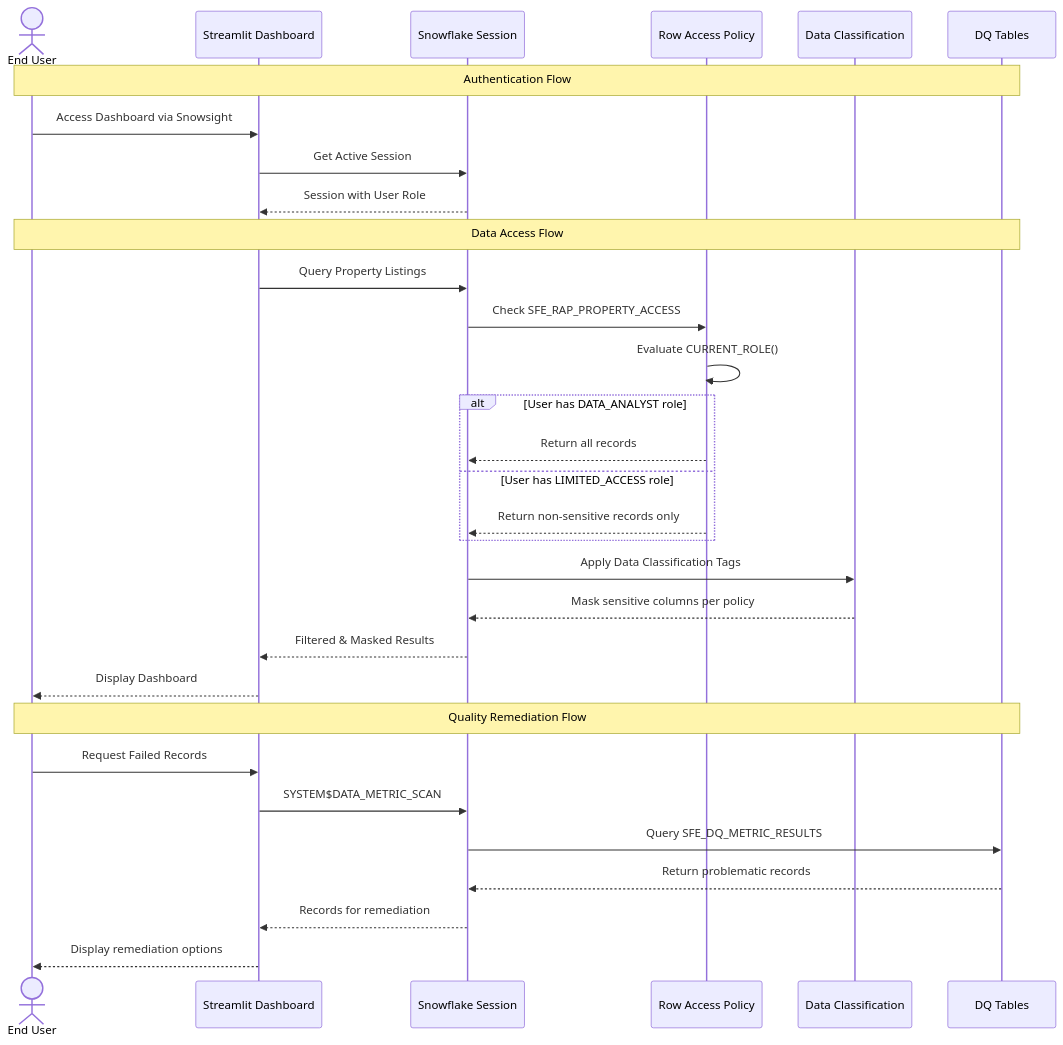
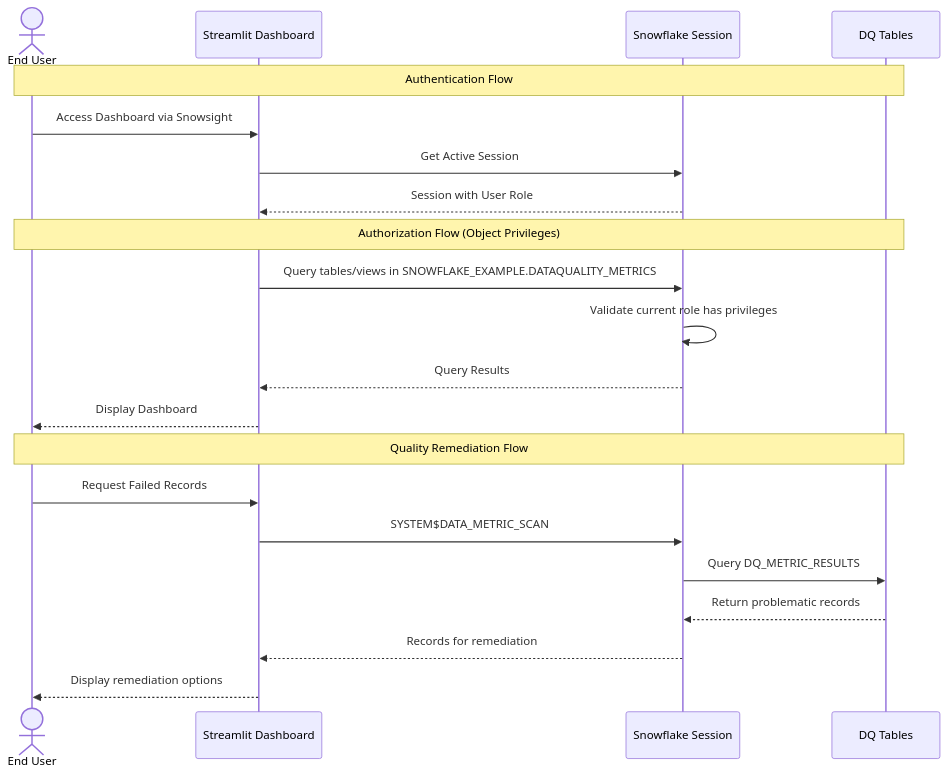
Before and after one commit to sfc-gh-miwhitaker/dataquality: the diagram in diagrams/auth-flow.md, drawn with Mermaid. The commit also changed other lines of this file and 23 other files, not shown here.

Commit message:
Add pre-commit configuration and baseline secrets file; update deployment scripts and documentation for new schema structure and expiration dates.

````diff
--- a/diagrams/auth-flow.md
+++ b/diagrams/auth-flow.md
@@ -18,42 +18,30 @@
 ```mermaid
 sequenceDiagram
     actor User as End User
     participant SIS as Streamlit Dashboard
     participant SF as Snowflake Session
-    participant RAP as Row Access Policy
-    participant DC as Data Classification
     participant DQ as DQ Tables
-    
+
     Note over User,DQ: Authentication Flow
-    
+
     User->>SIS: Access Dashboard via Snowsight
     SIS->>SF: Get Active Session
     SF-->>SIS: Session with User Role
-    
-    Note over User,DQ: Data Access Flow
-    
-    SIS->>SF: Query Property Listings
-    SF->>RAP: Check SFE_RAP_PROPERTY_ACCESS
-    RAP->>RAP: Evaluate CURRENT_ROLE()
-    
-    alt User has DATA_ANALYST role
-        RAP-->>SF: Return all records
-    else User has LIMITED_ACCESS role
-        RAP-->>SF: Return non-sensitive records only
-    end
-    
-    SF->>DC: Apply Data Classification Tags
-    DC-->>SF: Mask sensitive columns per policy
-    
-    SF-->>SIS: Filtered & Masked Results
+
+    Note over User,DQ: Authorization Flow (Object Privileges)
+
+    SIS->>SF: Query tables/views in SNOWFLAKE_EXAMPLE.DATAQUALITY_METRICS
+    SF->>SF: Validate current role has privileges
+
+    SF-->>SIS: Query Results
     SIS-->>User: Display Dashboard
-    
+
     Note over User,DQ: Quality Remediation Flow
-    
+
     User->>SIS: Request Failed Records
     SIS->>SF: SYSTEM$DATA_METRIC_SCAN
-    SF->>DQ: Query SFE_DQ_METRIC_RESULTS
+    SF->>DQ: Query DQ_METRIC_RESULTS
     DQ-->>SF: Return problematic records
     SF-->>SIS: Records for remediation
     SIS-->>User: Display remediation options
 ```
````
